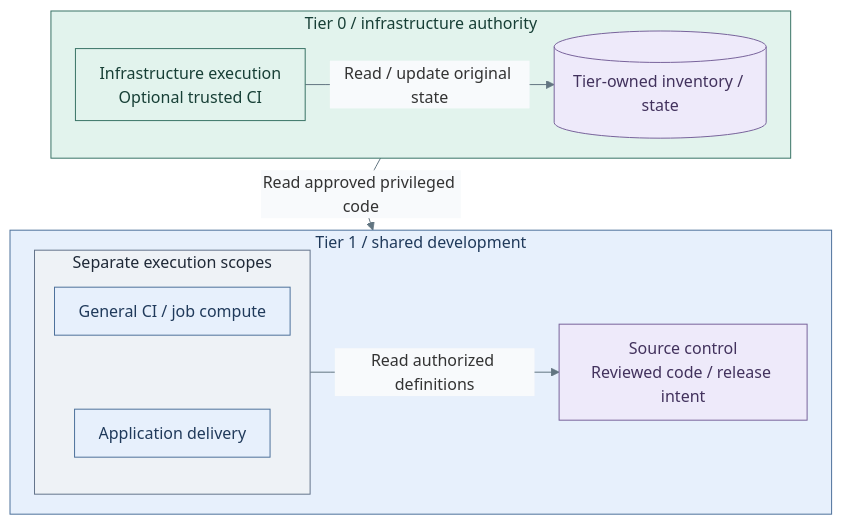
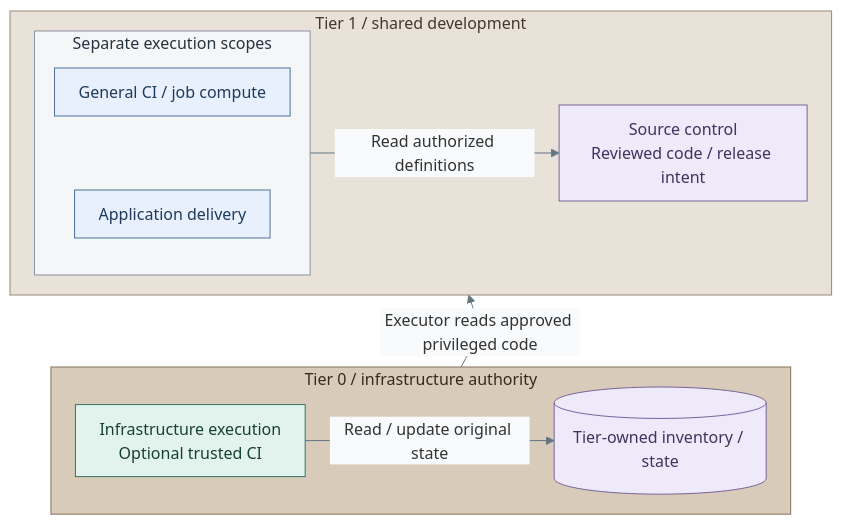
One commit to Rexus/homelab changed the first of 2 diagrams in docs/01-architecture/10-delivery/03-development-platform.md. Above: the diagram before and after it, drawn with Mermaid. The commit also changed other lines of this file and 108 other files, not shown here.

Commit message:
docs(diagrams): unify visual language and opening views

````diff
--- a/docs/01-architecture/10-delivery/03-development-platform.md
+++ b/docs/01-architecture/10-delivery/03-development-platform.md
@@ -18,32 +18,37 @@
 ```mermaid
 %%{init: {"theme":"base","flowchart":{"nodeSpacing":20,"rankSpacing":24,"padding":12},"themeVariables":{"lineColor":"#627581","edgeLabelBackground":"#f8fafc"}}}%%
-flowchart TB
+flowchart BT
   subgraph T1["Tier 1 / shared development"]
     direction LR
     subgraph Consumers["Separate execution scopes"]
       direction TB
       CI["General CI / job compute"]
       Delivery["Application delivery"]
       CI ~~~ Delivery
     end
     Source["Source control<br/>Reviewed code / release intent"]
     Consumers -->|Read authorized definitions| Source
   end
   subgraph T0["Tier 0 / infrastructure authority"]
     direction LR
     Executor["Infrastructure execution<br/>Optional trusted CI"]
     State[("Tier-owned inventory / state")]
     Executor -->|Read / update original state| State
   end
-  T1 ~~~ T0
-  Executor -->|Read approved privileged code| Source
+  T0 ~~~ T1
+  T0 -->|Executor reads approved privileged code| T1
   classDef default fill:#f8fafc,stroke:#64748b,color:#1f2937
   classDef boundary fill:#eef2f6,stroke:#64748b,color:#1f2937
   classDef services fill:#e7f0fc,stroke:#4d719b,color:#203a5b
   classDef control fill:#e2f3ed,stroke:#397366,color:#173f36
   classDef data fill:#eeeafa,stroke:#78639b,color:#42325d
-  class T1,CI,Delivery services
-  class Consumers boundary
-  class T0,Executor control
+  class CI,Delivery services
+  classDef group fill:#f5f6f7,stroke:#89939e,color:#273340
+  class Consumers group
+  class Executor control
   class Source,State data
+  classDef tier0 fill:#d8cbb9,stroke:#83715a,color:#352a1e
+  class T0 tier0
+  classDef tier1 fill:#e9e2d8,stroke:#968976,color:#44382a
+  class T1 tier1
 ```
````
